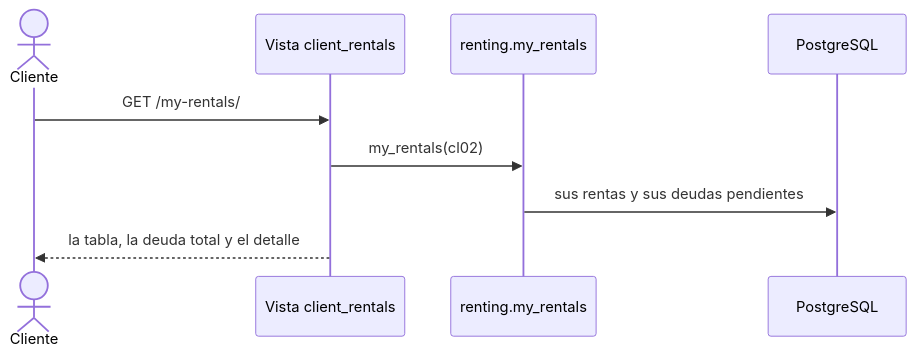
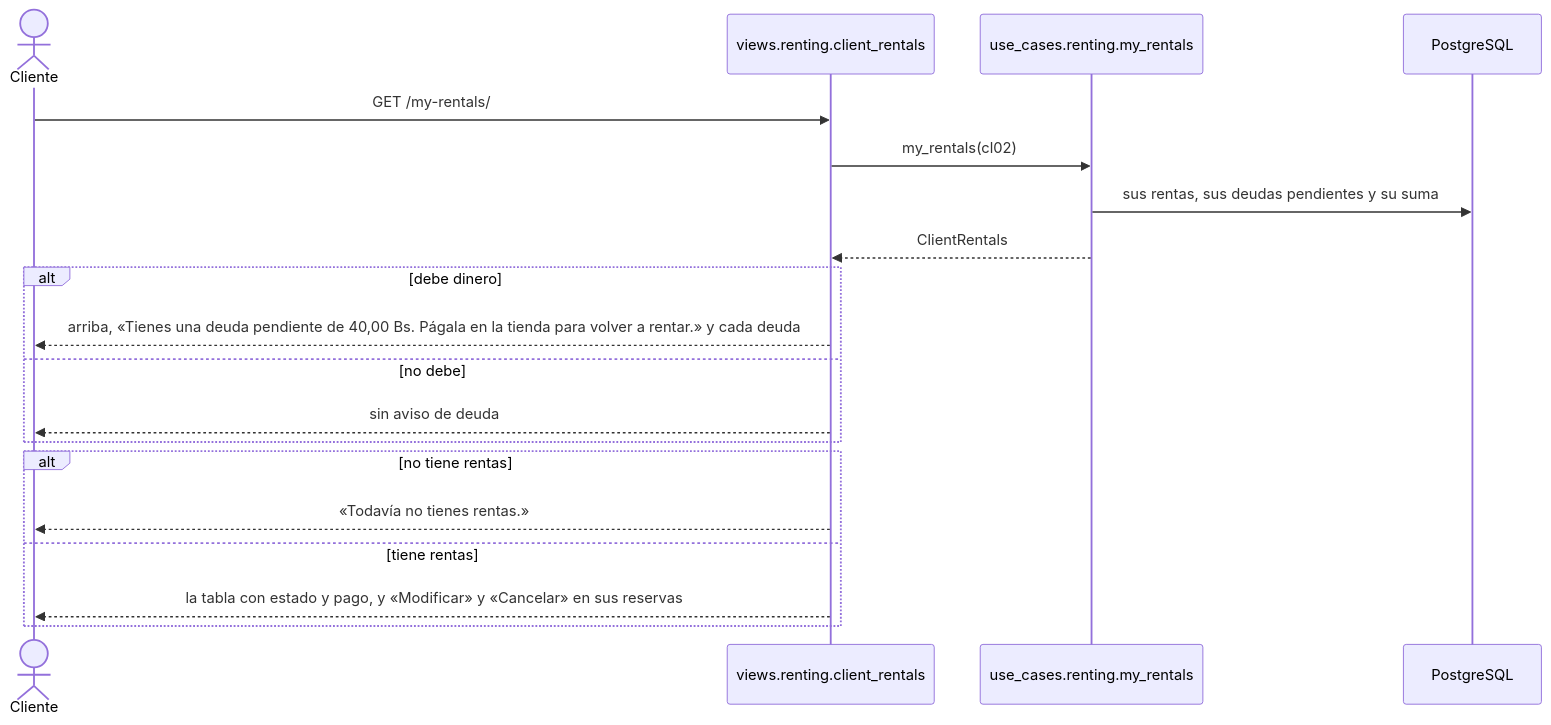
Diagram 17 of 17 in docs/casos-de-uso.md (peterteranb/astra-rent-system), drawn with Mermaid before and after one commit. The commit also changed other lines of this file and 12 other files, not shown here.

Commit message:
docs: final docs index, decisions and checked sequence diagrams

````diff
--- a/docs/casos-de-uso.md
+++ b/docs/casos-de-uso.md
@@ -637,11 +770,21 @@
 ```mermaid
 sequenceDiagram
     actor C as Cliente
-    participant V as Vista client_rentals
-    participant U as renting.my_rentals
+    participant V as views.renting.client_rentals
+    participant U as use_cases.renting.my_rentals
     participant BD as PostgreSQL
     C->>V: GET /my-rentals/
     V->>U: my_rentals(cl02)
-    U->>BD: sus rentas y sus deudas pendientes
-    V-->>C: la tabla, la deuda total y el detalle
+    U->>BD: sus rentas, sus deudas pendientes y su suma
+    U-->>V: ClientRentals
+    alt debe dinero
+        V-->>C: arriba, «Tienes una deuda pendiente de 40,00 Bs. Págala en la tienda para volver a rentar.» y cada deuda
+    else no debe
+        V-->>C: sin aviso de deuda
+    end
+    alt no tiene rentas
+        V-->>C: «Todavía no tienes rentas.»
+    else tiene rentas
+        V-->>C: la tabla con estado y pago, y «Modificar» y «Cancelar» en sus reservas
+    end
 ```
````
